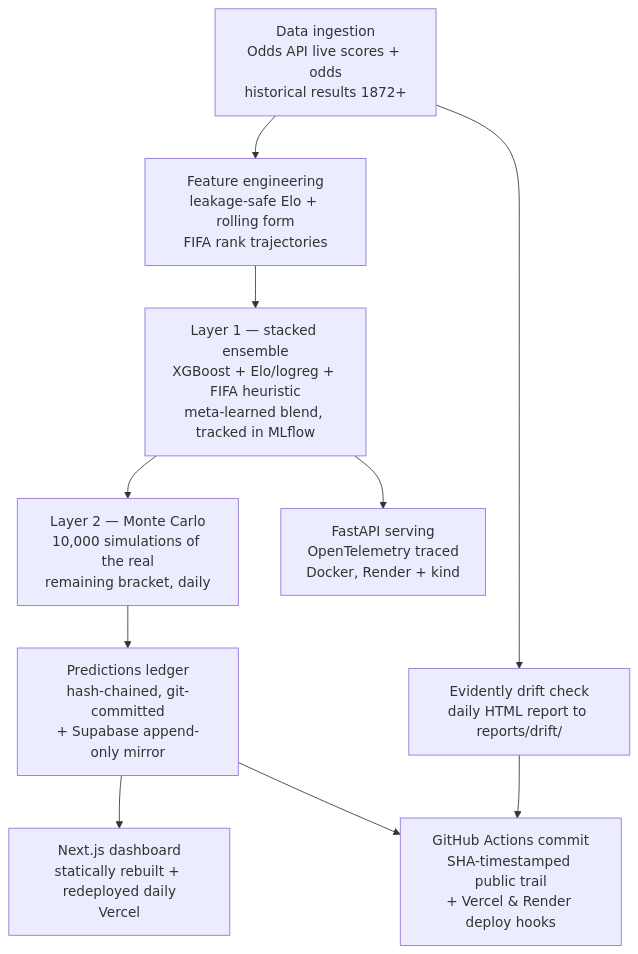
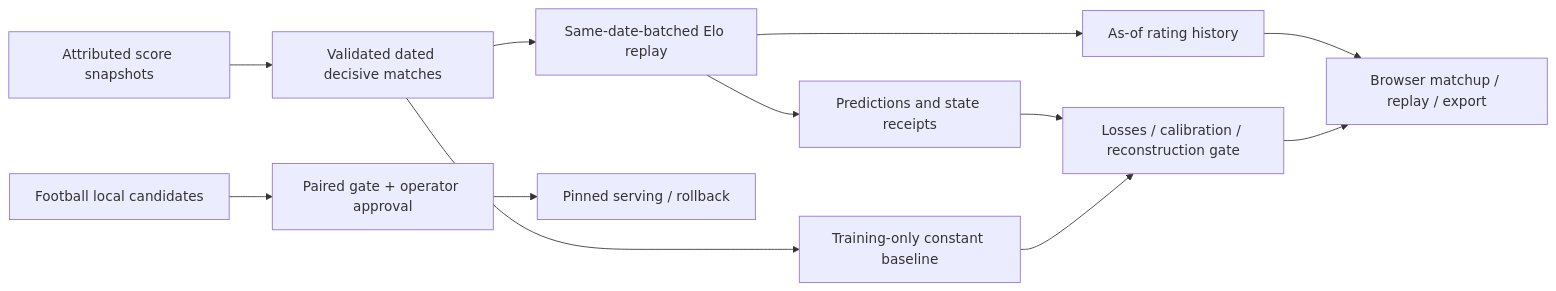
Before and after one commit to dilipna/wc26-mlops: the diagram in README.md, drawn with Mermaid. The commit also changed other lines of this file and 54 other files, not shown here.

````diff
--- a/README.md
+++ b/README.md
@@ -23,12 +28,14 @@
 ```mermaid
-flowchart TD
-    A[Data ingestion<br/>Odds API live scores + odds<br/>historical results 1872+] --> B[Feature engineering<br/>leakage-safe Elo + rolling form<br/>FIFA rank trajectories]
-    B --> C[Layer 1 — stacked ensemble<br/>XGBoost + Elo/logreg + FIFA heuristic<br/>meta-learned blend, tracked in MLflow]
-    C --> D[Layer 2 — Monte Carlo<br/>10,000 simulations of the real<br/>remaining bracket, daily]
-    D --> E[Predictions ledger<br/>hash-chained, git-committed<br/>+ Supabase append-only mirror]
-    E --> F[Next.js dashboard<br/>statically rebuilt + redeployed daily<br/>Vercel]
-    A --> G[Evidently drift check<br/>daily HTML report to reports/drift/]
-    G --> H[GitHub Actions commit<br/>SHA-timestamped public trail<br/>+ Vercel & Render deploy hooks]
-    E --> H
-    C --> I[FastAPI serving<br/>OpenTelemetry traced<br/>Docker, Render + kind]
+flowchart LR
+ A[Attributed score snapshots] --> B[Validated dated decisive matches]
+ B --> C[Same-date-batched Elo replay]
+ C --> D[Predictions and state receipts]
+ C --> E[As-of rating history]
+ B --> F[Training-only constant baseline]
+ D --> G[Losses / calibration / reconstruction gate]
+ F --> G
+ E --> H[Browser matchup / replay / export]
+ G --> H
+ I[Football local candidates] --> J[Paired gate + operator approval]
+ J --> K[Pinned serving / rollback]
 ```
````
